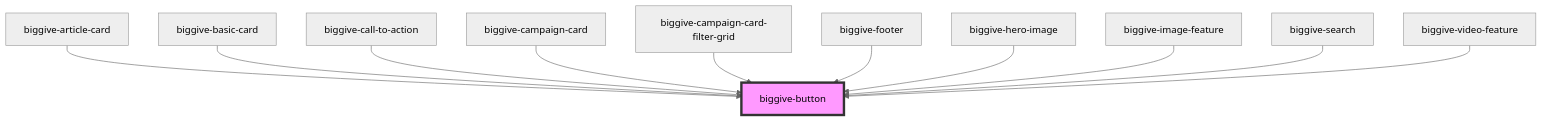
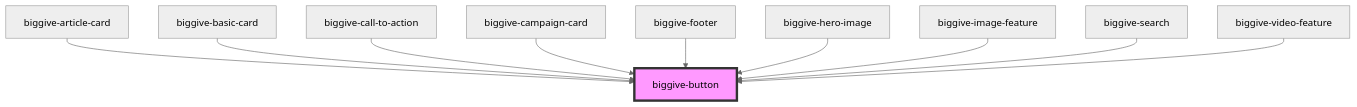
One commit to thebiggive/donate-frontend changed the diagram in src/components/biggive-button/readme.md. Above: the diagram before and after it, drawn with Mermaid (neutral theme). The commit also changed other lines of this file and 9 other files, not shown here.

````diff
--- a/src/components/biggive-button/readme.md
+++ b/src/components/biggive-button/readme.md
@@ -37,14 +36,13 @@
 ```mermaid
 graph TD;
   biggive-article-card --> biggive-button
   biggive-basic-card --> biggive-button
   biggive-call-to-action --> biggive-button
   biggive-campaign-card --> biggive-button
-  biggive-campaign-card-filter-grid --> biggive-button
   biggive-footer --> biggive-button
   biggive-hero-image --> biggive-button
   biggive-image-feature --> biggive-button
   biggive-search --> biggive-button
   biggive-video-feature --> biggive-button
   style biggive-button fill:#f9f,stroke:#333,stroke-width:4px
 ```
````
